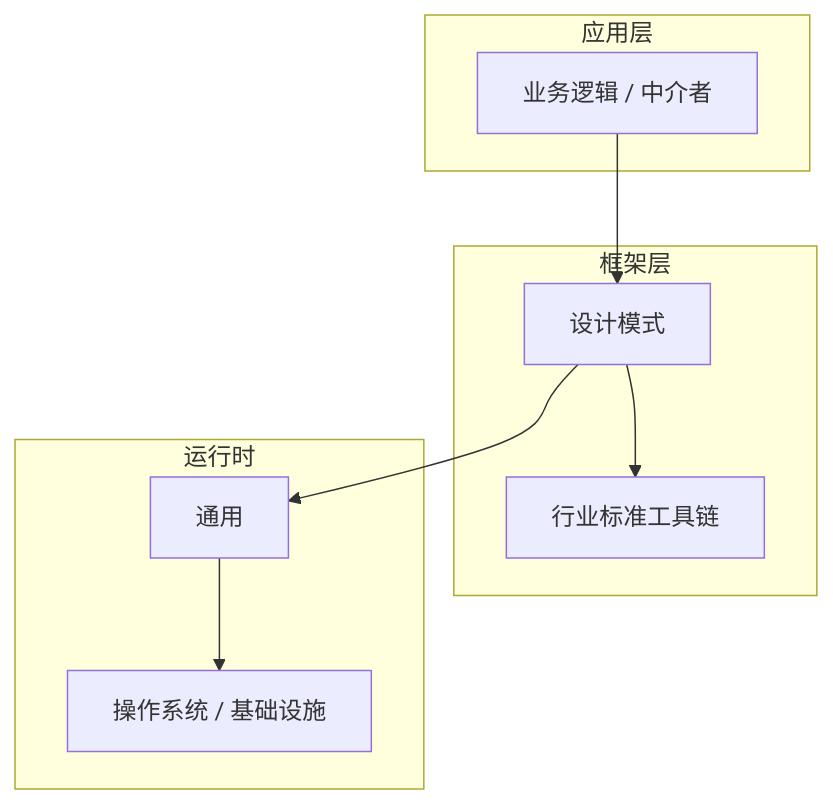
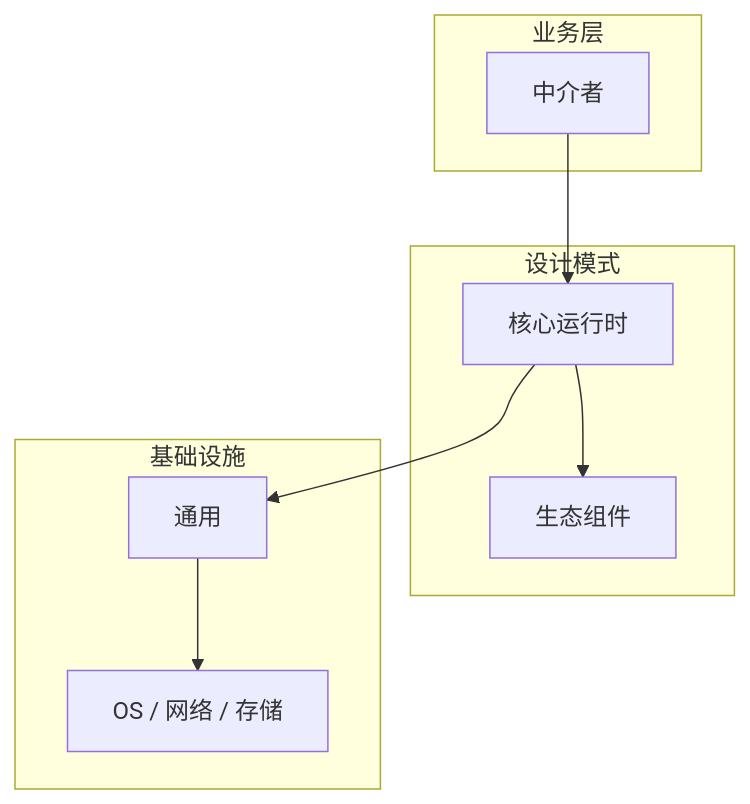
Before and after one commit to yanggan2015/knowledge-json-v2: the diagram in articles/设计模式/chapters/086-中介者核心概念与原理.md, drawn with Mermaid. The commit also changed other lines of this file and 10127 other files, not shown here.

````diff
--- a/articles/设计模式/chapters/086-中介者核心概念与原理.md
+++ b/articles/设计模式/chapters/086-中介者核心概念与原理.md
@@ -45,18 +34,18 @@
 ```mermaid
 graph TB
-    subgraph 应用层
-        A[业务逻辑 / 中介者]
+    subgraph 业务层
+        A[中介者]
     end
-    subgraph 框架层
-        B[设计模式]
-        C[行业标准工具链]
+    subgraph 设计模式
+        B[核心运行时]
+        C[生态组件]
     end
-    subgraph 运行时
+    subgraph 基础设施
         D[通用]
-        E[操作系统 / 基础设施]
+        E[OS / 网络 / 存储]
     end
     A --> B
     B --> C
     B --> D
     D --> E
 ```
````
